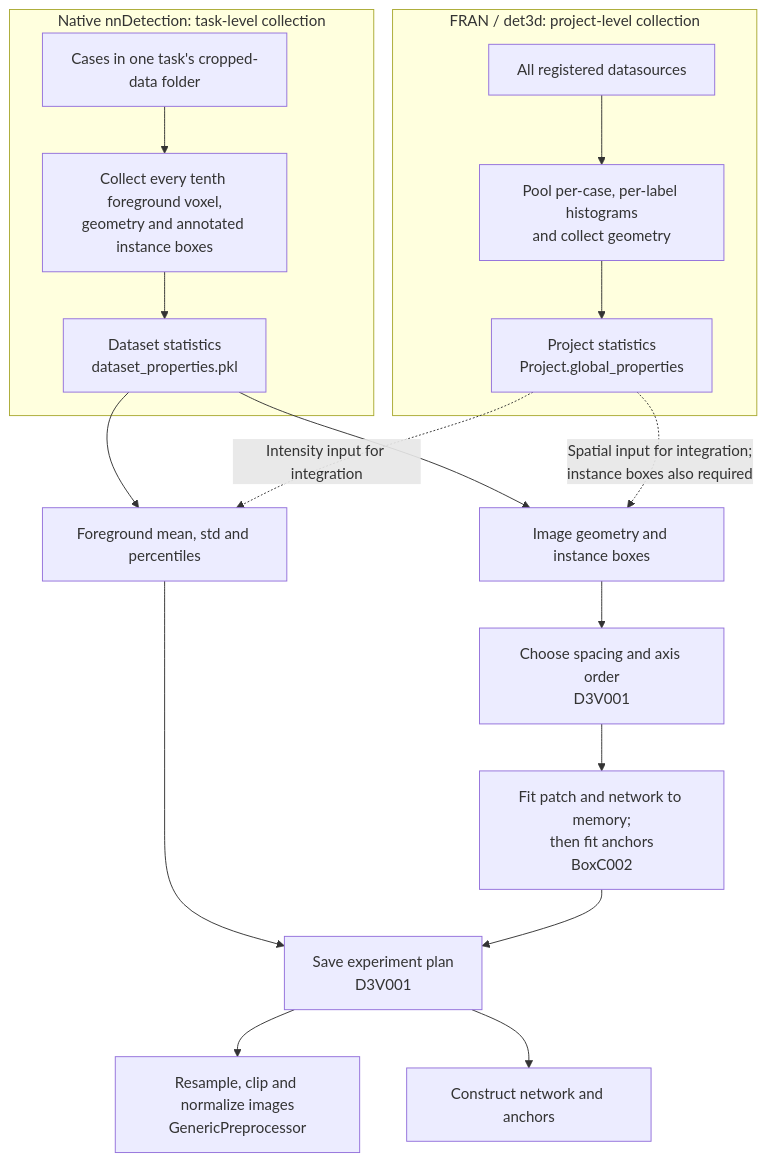
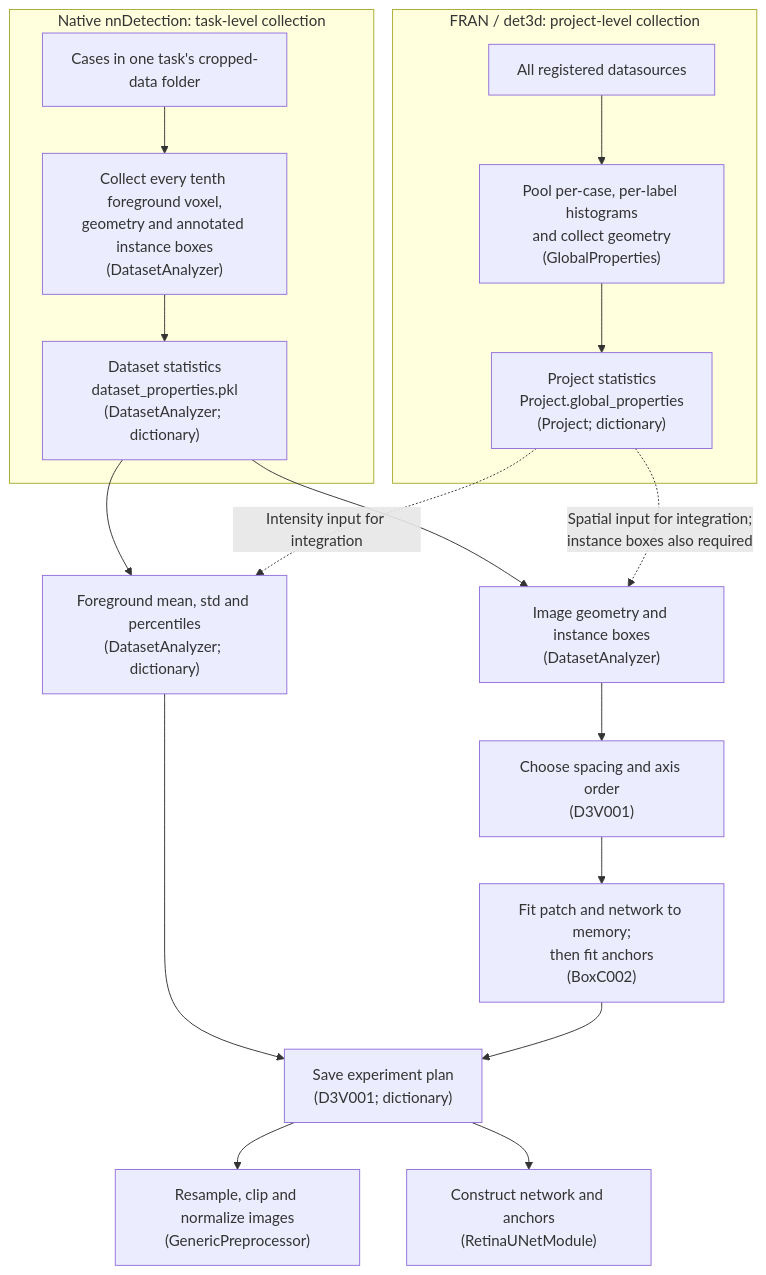
One commit to drusmanbashir/det3d changed the first of 5 diagrams in docs/integration/2-planning.md. Above: the diagram before and after it, drawn with Mermaid. The commit also changed other lines of this file, not shown here.

````diff
--- a/docs/integration/2-planning.md
+++ b/docs/integration/2-planning.md
@@ -7,21 +7,32 @@
 ```mermaid
 flowchart TB
+    subgraph native["Native nnDetection: task-level collection"]
+        cases["Cases in one task's cropped-data folder"] --> collect["Collect every tenth foreground voxel,<br/>geometry and annotated instance boxes<br/>(DatasetAnalyzer)"]
+        collect --> props["Dataset statistics<br/>dataset_properties.pkl<br/>(DatasetAnalyzer; dictionary)"]
+    end
     subgraph fran["FRAN / det3d: project-level collection"]
-        sources["All registered datasources"] --> pool["Pool per-case, per-label histograms<br/>and collect geometry"]
-        pool --> project["Project statistics<br/>Project.global_properties"]
+        sources["All registered datasources"] --> pool["Pool per-case, per-label histograms<br/>and collect geometry<br/>(GlobalProperties)"]
+        pool --> project["Project statistics<br/>Project.global_properties<br/>(Project; dictionary)"]
     end
-    subgraph native["Native nnDetection: task-level collection"]
-        cases["Cases in one task's cropped-data folder"] --> collect["Collect every tenth foreground voxel,<br/>geometry and annotated instance boxes"]
-        collect --> props["Dataset statistics<br/>dataset_properties.pkl"]
-    end
-    props --> intensity["Foreground mean, std and percentiles"]
-    props --> geometry["Image geometry and instance boxes"]
-    geometry --> outer["Choose spacing and axis order<br/>D3V001"]
-    outer --> architecture["Fit patch and network to memory;<br/>then fit anchors<br/>BoxC002"]
-    intensity --> plan["Save experiment plan<br/>D3V001"]
+    props --> intensity["Foreground mean, std and percentiles<br/>(DatasetAnalyzer; dictionary)"]
+    props --> geometry["Image geometry and instance boxes<br/>(DatasetAnalyzer)"]
+    geometry --> outer["Choose spacing and axis order<br/>(D3V001)"]
+    outer --> architecture["Fit patch and network to memory;<br/>then fit anchors<br/>(BoxC002)"]
+    intensity --> plan["Save experiment plan<br/>(D3V001; dictionary)"]
     architecture --> plan
-    plan --> preprocess["Resample, clip and normalize images<br/>GenericPreprocessor"]
-    plan --> model["Construct network and anchors"]
+    plan --> preprocess["Resample, clip and normalize images<br/>(GenericPreprocessor)"]
+    plan --> model["Construct network and anchors<br/>(RetinaUNetModule)"]
     project -. "Intensity input for integration" .-> intensity
     project -. "Spatial input for integration;<br/>instance boxes also required" .-> geometry
+    click pool "#globalproperties" "GlobalProperties operations"
+    click project "#globalproperties" "GlobalProperties operations"
+    click collect "#datasetanalyzer" "DatasetAnalyzer operations"
+    click props "#dataset-properties" "Dictionary keys"
+    click intensity "#intensity-properties" "Dictionary keys"
+    click geometry "#dataset-properties" "Dictionary keys"
+    click outer "#d3v001" "D3V001 operations"
+    click architecture "#boxc002" "BoxC002 operations"
+    click plan "#experiment-plan" "Dictionary keys"
+    click preprocess "#genericpreprocessor" "GenericPreprocessor operations"
+    click model "#model-construction" "Model construction operations"
 ```
````
